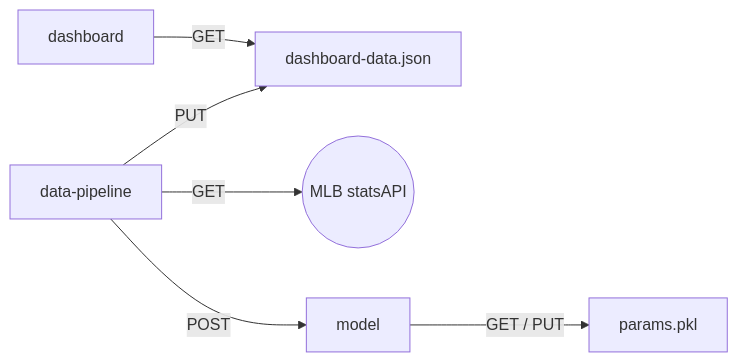
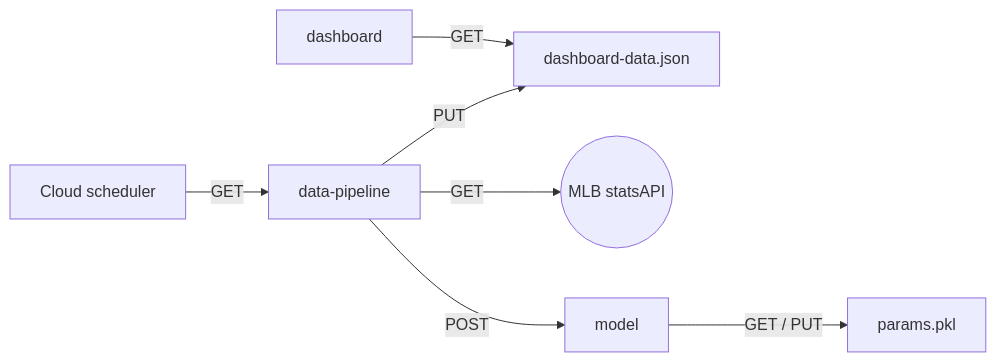
The diagram in README.md (lanejere5/mlb), drawn with Mermaid before and after one commit.

````diff
--- a/README.md
+++ b/README.md
@@ -16,8 +16,9 @@
 ```mermaid
   graph LR
     A[dashboard] -- GET --> B[dashboard-data.json]
     C[data-pipeline] -- PUT --> B
     C -- GET --> D((MLB statsAPI))
     C -- POST --> E[model]
     E -- GET / PUT --> F[params.pkl]
+    G[Cloud scheduler] -- GET --> C
 ```
````
